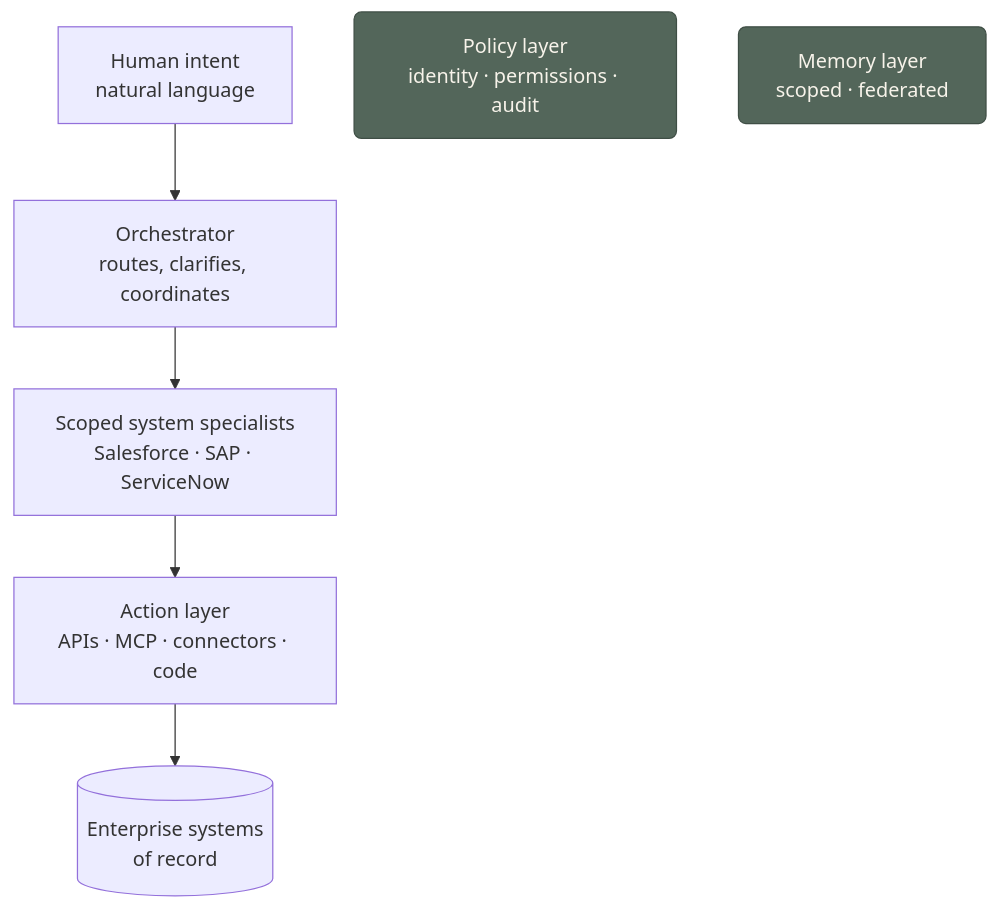
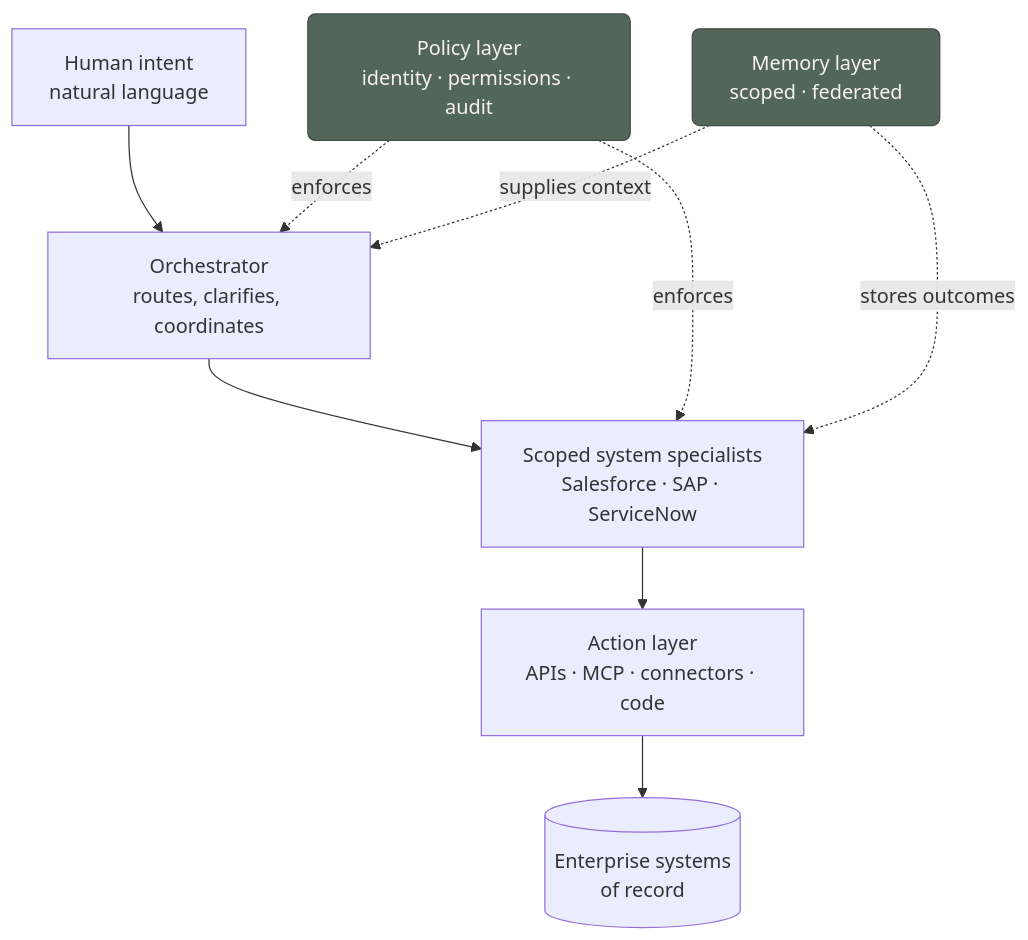
The second of 2 diagrams in content/thoughts/from-chatbots-to-system-operators.md (FVossebeld/FVossebeld.github.io), drawn with Mermaid before and after one commit. The commit also changed other lines of this file and 7 other files, not shown here.

````diff
--- a/content/thoughts/from-chatbots-to-system-operators.md
+++ b/content/thoughts/from-chatbots-to-system-operators.md
@@ -96,14 +96,18 @@
 ```mermaid
 flowchart TD
   accTitle: A layered architecture for governed enterprise agents
   accDescr: Human intent flows into an orchestrator, which routes to scoped system-specialist agents, which act through an action layer of APIs and connectors onto enterprise systems. A policy layer and a memory layer wrap the whole stack.
 
   classDef wrap fill:#53665a,stroke:#3f4e45,color:#f7f3ea,rx:6,ry:6
 
   H[Human intent<br/>natural language] --> O[Orchestrator<br/>routes, clarifies, coordinates]
   O --> S[Scoped system specialists<br/>Salesforce · SAP · ServiceNow]
   S --> A[Action layer<br/>APIs · MCP · connectors · code]
   A --> SYS[(Enterprise systems<br/>of record)]
   POL[Policy layer<br/>identity · permissions · audit]:::wrap
   MEM[Memory layer<br/>scoped · federated]:::wrap
+  POL -.enforces.-> O
+  POL -.enforces.-> S
+  MEM -.supplies context.-> O
+  MEM -.stores outcomes.-> S
 ```
````
